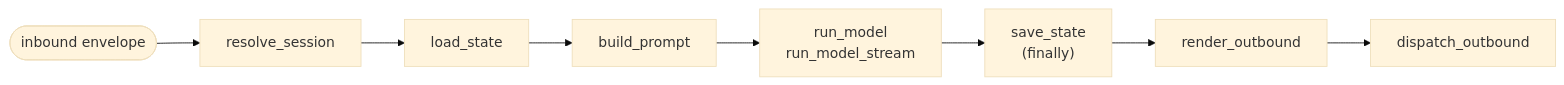
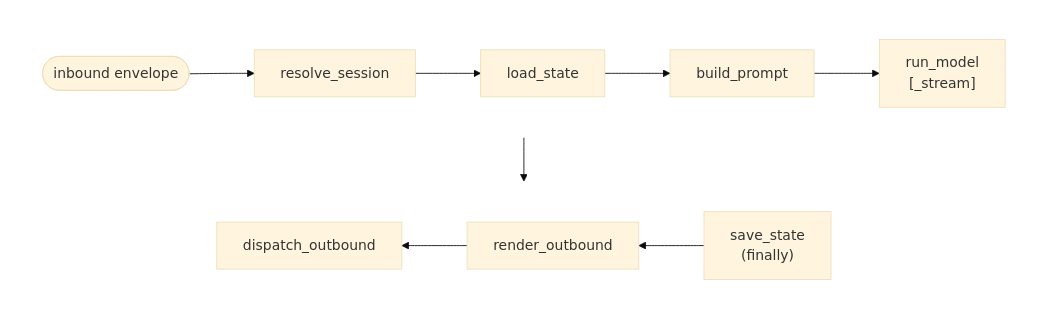
The diagram in website/src/content/docs/docs/concepts/index.mdx (bubbuild/bub), drawn with Mermaid (base theme) before and after one commit. The commit also changed 9 other files, not shown here.

````diff
--- a/website/src/content/docs/docs/concepts/index.mdx
+++ b/website/src/content/docs/docs/concepts/index.mdx
@@ -25,10 +25,18 @@
 ```mermaid
-flowchart LR
-  inbound(["inbound envelope"]) --> resolve["resolve_session"]
-  resolve --> load["load_state"]
-  load --> prompt["build_prompt"]
-  prompt --> model["run_model<br/>run_model_stream"]
-  model --> save["save_state<br/>(finally)"]
-  save --> render["render_outbound"]
-  render --> dispatch["dispatch_outbound"]
+flowchart TB
+  subgraph row1[" "]
+    direction LR
+    inbound(["inbound envelope"]) --> resolve["resolve_session"]
+    resolve --> load["load_state"]
+    load --> prompt["build_prompt"]
+    prompt --> model["run_model<br/>[_stream]"]
+  end
+  subgraph row2[" "]
+    direction RL
+    save["save_state<br/>(finally)"] --> render["render_outbound"]
+    render --> dispatch["dispatch_outbound"]
+  end
+  model --> save
+  style row1 fill:transparent,stroke:transparent
+  style row2 fill:transparent,stroke:transparent
 ```
````
